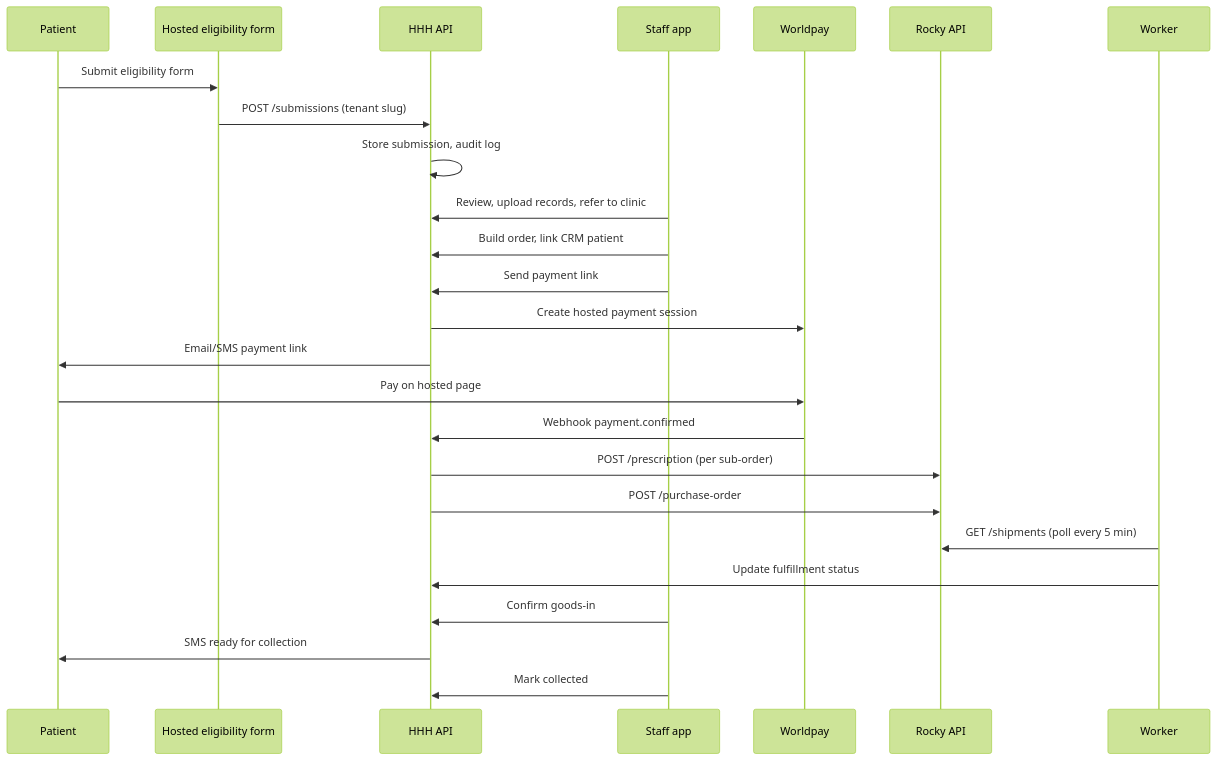
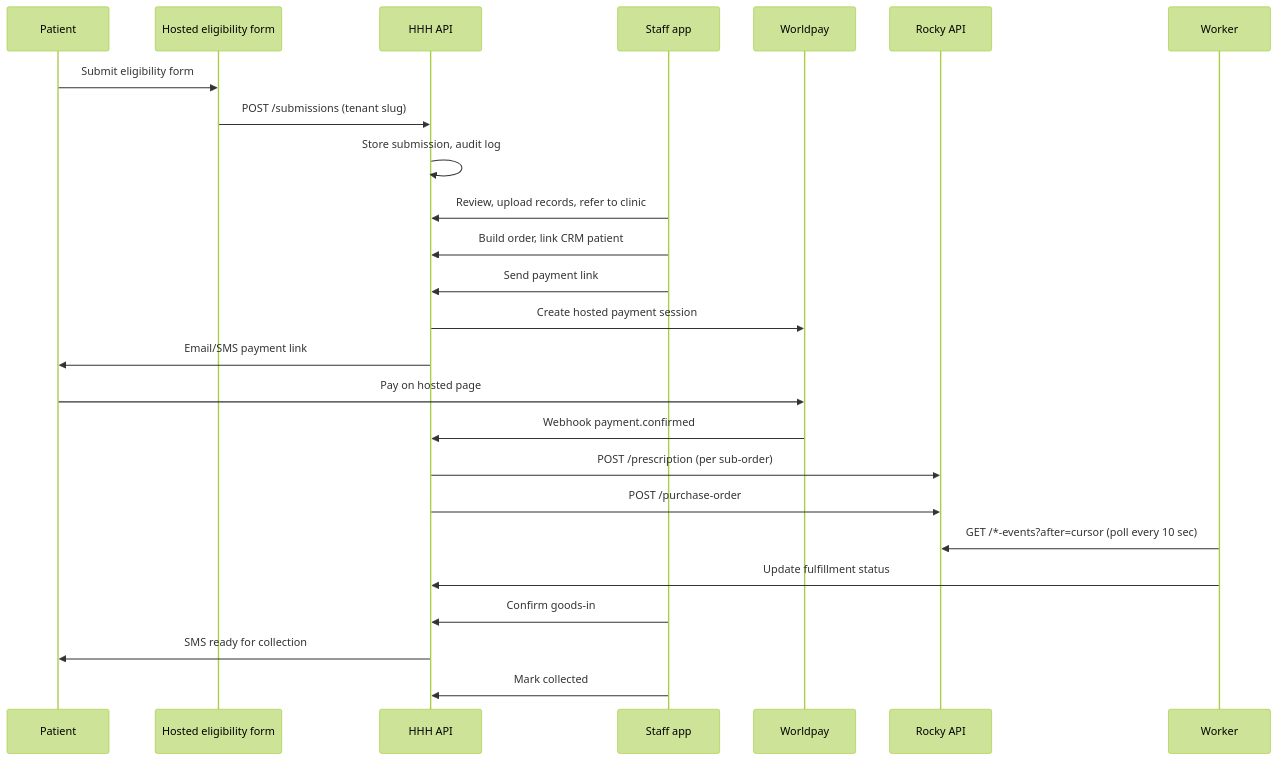
One commit to Healius-Consulting/HHH-Staging changed the second of 3 diagrams in specs/production-architecture.md. Above: the diagram before and after it, drawn with Mermaid (forest theme). The commit also changed other lines of this file and 25 other files, not shown here.

````diff
--- a/specs/production-architecture.md
+++ b/specs/production-architecture.md
@@ -387,28 +388,28 @@
 ```mermaid
 sequenceDiagram
     participant P as Patient
     participant E as Hosted eligibility form
     participant API as HHH API
     participant S as Staff app
     participant WP as Worldpay
     participant R as Rocky API
     participant W as Worker
 
     P->>E: Submit eligibility form
     E->>API: POST /submissions (tenant slug)
     API->>API: Store submission, audit log
     S->>API: Review, upload records, refer to clinic
     S->>API: Build order, link CRM patient
     S->>API: Send payment link
     API->>WP: Create hosted payment session
     API->>P: Email/SMS payment link
     P->>WP: Pay on hosted page
     WP->>API: Webhook payment.confirmed
     API->>R: POST /prescription (per sub-order)
     API->>R: POST /purchase-order
-    W->>R: GET /shipments (poll every 5 min)
+    W->>R: GET /*-events?after=cursor (poll every 10 sec)
     W->>API: Update fulfillment status
     S->>API: Confirm goods-in
     API->>P: SMS ready for collection
     S->>API: Mark collected
 ```
````
